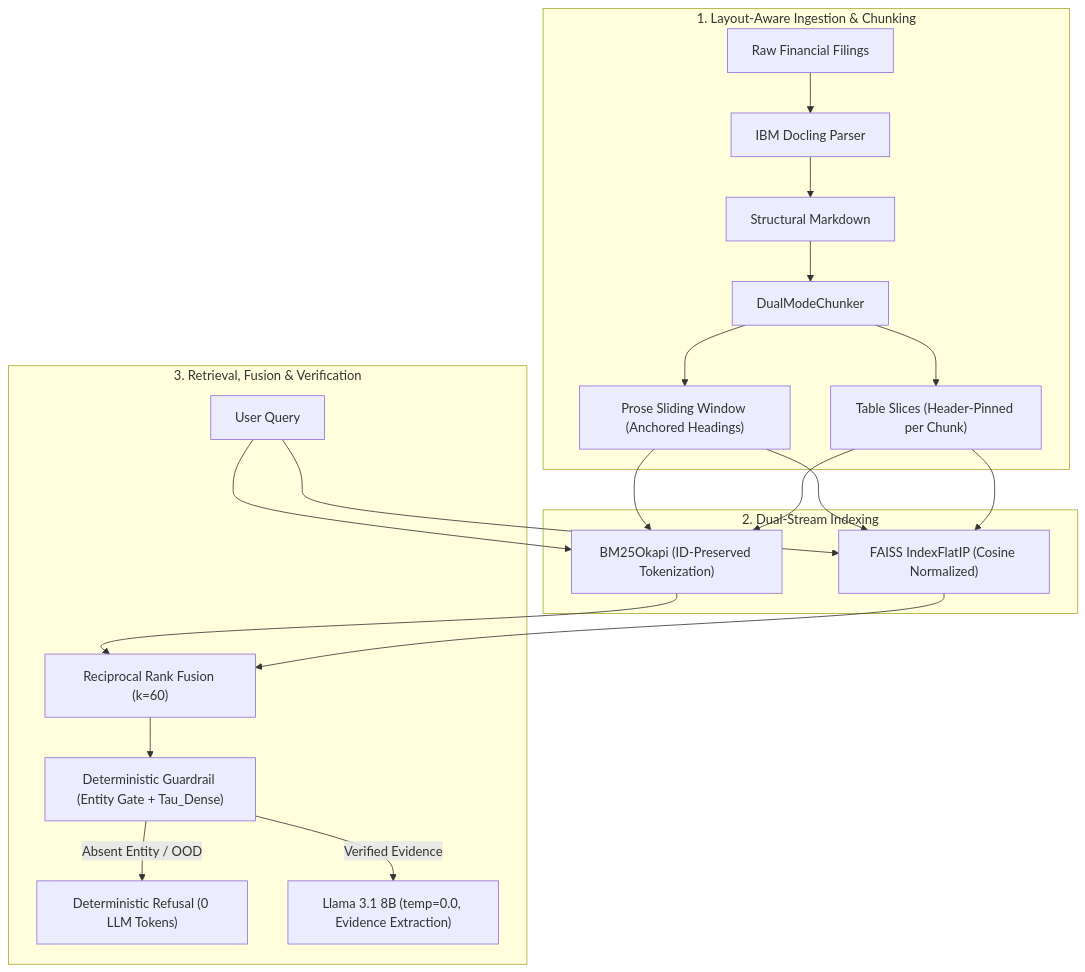
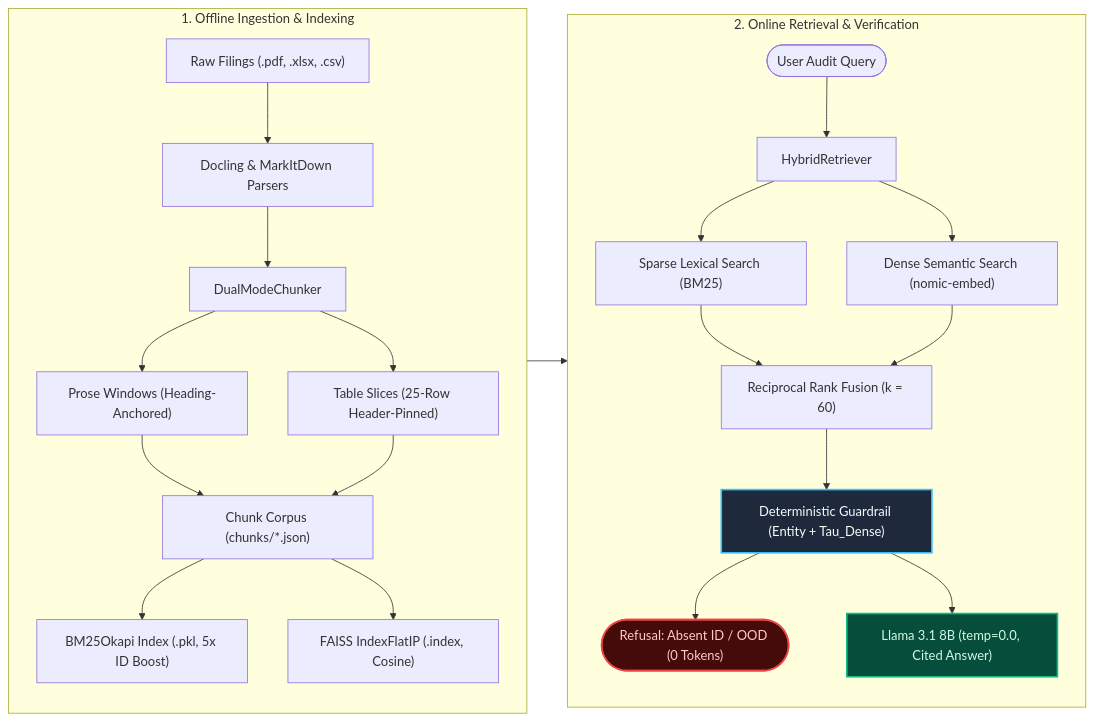
The diagram in README.md (MihirNagarkar/DataHound-RAG), drawn with Mermaid before and after one commit.

Commit message:
Update: Readme

````diff
--- a/README.md
+++ b/README.md
@@ -17,23 +17,32 @@
 ```mermaid
-flowchart TD
-    subgraph Ingestion ["1. Layout-Aware Ingestion & Chunking"]
-        PDF["Raw Financial Filings"] --> Docling["IBM Docling Parser"]
-        Docling --> MD["Structural Markdown"]
-        MD --> Chunker["DualModeChunker"]
-        Chunker --> Prose["Prose Sliding Window (Anchored Headings)"]
-        Chunker --> Tables["Table Slices (Header-Pinned per Chunk)"]
+flowchart LR
+    subgraph Offline ["1. Offline Ingestion & Indexing"]
+        direction TB
+        Docs["Raw Filings (.pdf, .xlsx, .csv)"] --> Parser["Docling & MarkItDown Parsers"]
+        Parser --> Chunker["DualModeChunker"]
+        Chunker --> Prose["Prose Windows (Heading-Anchored)"]
+        Chunker --> Tables["Table Slices (25-Row Header-Pinned)"]
+        Prose --> Corpus["Chunk Corpus (chunks/*.json)"]
+        Tables --> Corpus
+        Corpus --> BM25["BM25Okapi Index (.pkl, 5x ID Boost)"]
+        Corpus --> FAISS["FAISS IndexFlatIP (.index, Cosine)"]
     end
 
-    subgraph Indexing ["2. Dual-Stream Indexing"]
-        Prose & Tables --> BM25["BM25Okapi (ID-Preserved Tokenization)"]
-        Prose & Tables --> FAISS["FAISS IndexFlatIP (Cosine Normalized)"]
+    subgraph Online ["2. Online Retrieval & Verification"]
+        direction TB
+        Query(["User Audit Query"]) --> Retriever["HybridRetriever"]
+        Retriever --> Sparse["Sparse Lexical Search (BM25)"]
+        Retriever --> Dense["Dense Semantic Search (nomic-embed)"]
+        Sparse --> RRF["Reciprocal Rank Fusion (k = 60)"]
+        Dense --> RRF
+        RRF --> Guard["Deterministic Guardrail (Entity + Tau_Dense)"]
+        Guard --> Reject(["Refusal: Absent ID / OOD (0 Tokens)"])
+        Guard --> LLM["Llama 3.1 8B (temp=0.0, Cited Answer)"]
     end
 
-    subgraph Retrieval ["3. Retrieval, Fusion & Verification"]
-        Query["User Query"] --> BM25 & FAISS
-        BM25 & FAISS --> RRF["Reciprocal Rank Fusion (k=60)"]
-        RRF --> Guard["Deterministic Guardrail (Entity Gate + Tau_Dense)"]
-        Guard -- "Absent Entity / OOD" --> Reject["Deterministic Refusal (0 LLM Tokens)"]
-        Guard -- "Verified Evidence" --> LLM["Llama 3.1 8B (temp=0.0, Evidence Extraction)"]
-    end
+    Offline --> Online
+
+    style Guard fill:#1e293b,stroke:#38bdf8,stroke-width:2px,color:#f8fafc
+    style Reject fill:#450a0a,stroke:#ef4444,stroke-width:2px,color:#fecaca
+    style LLM fill:#064e3b,stroke:#10b981,stroke-width:2px,color:#d1fae5
 ```
````
